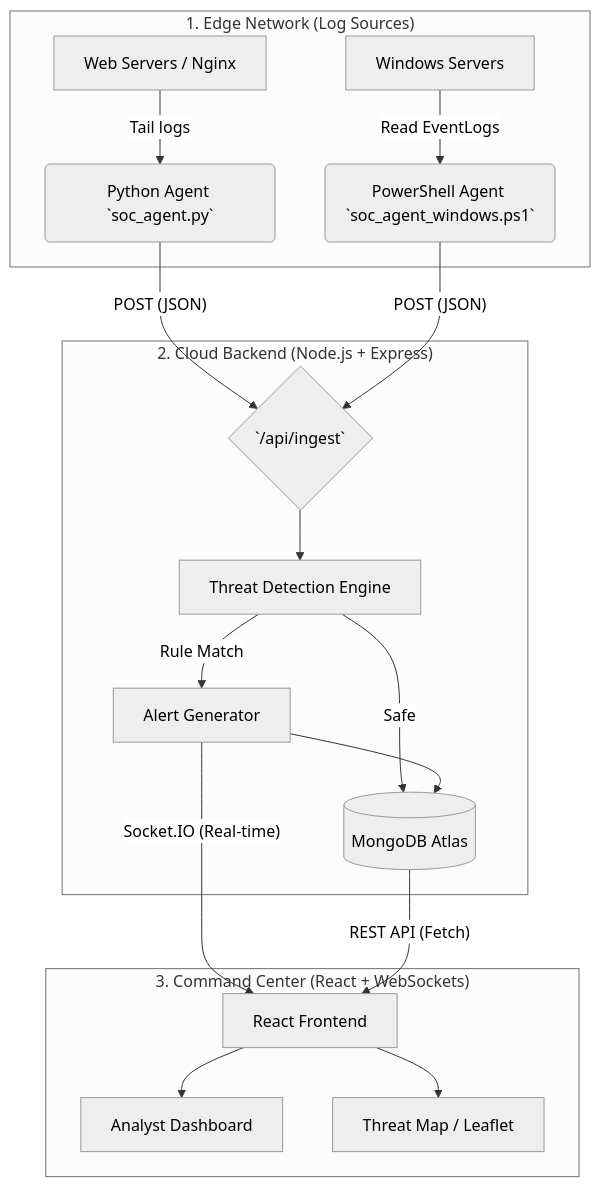
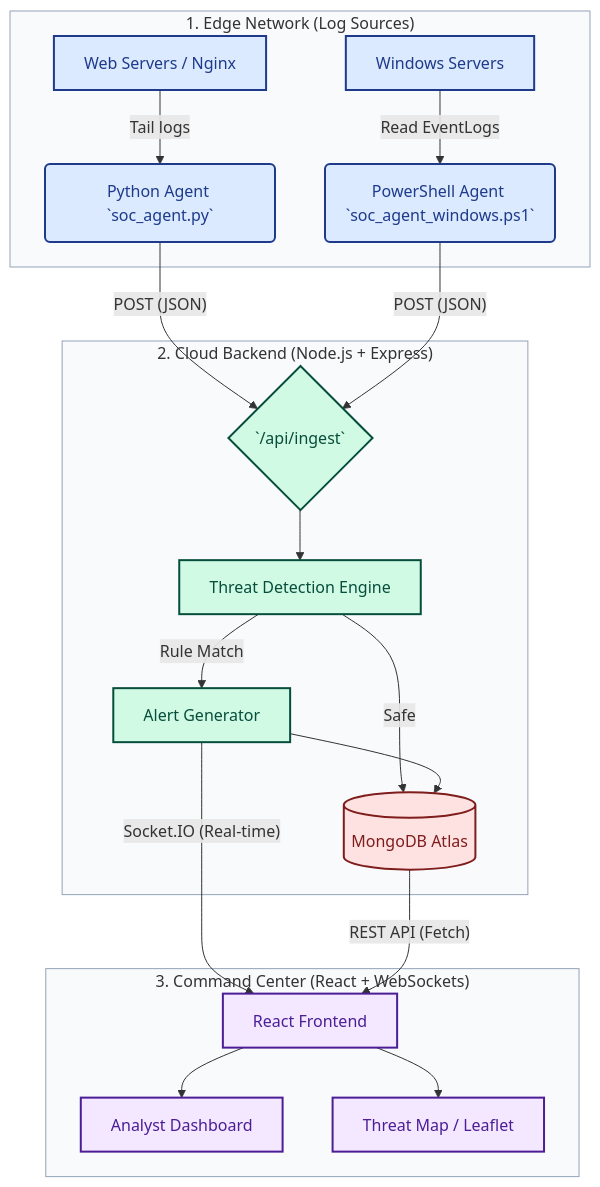
One commit to Het-2004/soc-siem-dashboard changed the first of 2 diagrams in docs/architecture.md. Above: the diagram before and after it, drawn with Mermaid. The commit also changed other lines of this file and 1 other file, not shown here.

````diff
--- a/docs/architecture.md
+++ b/docs/architecture.md
@@ -7,25 +7,30 @@
 ```mermaid
-%%{init: {'theme': 'neutral', 'themeVariables': { 'background': '#ffffff', 'primaryTextColor': '#000000', 'lineColor': '#333333'}}}%%
+%%{init: {'theme': 'default', 'themeVariables': { 'background': '#ffffff', 'primaryTextColor': '#000000', 'lineColor': '#333333', 'clusterBkg': '#f8fafc', 'clusterBorder': '#94a3b8'}}}%%
 graph TD
+    classDef edge fill:#dbeafe,stroke:#1e3a8a,stroke-width:2px,color:#1e3a8a
+    classDef cloud fill:#d1fae5,stroke:#064e3b,stroke-width:2px,color:#064e3b
+    classDef db fill:#fee2e2,stroke:#7f1d1d,stroke-width:2px,color:#7f1d1d
+    classDef ui fill:#f3e8ff,stroke:#4c1d95,stroke-width:2px,color:#4c1d95
+
     subgraph "1. Edge Network (Log Sources)"
-        A[Web Servers / Nginx] -->|Tail logs| B(Python Agent `soc_agent.py`)
-        C[Windows Servers] -->|Read EventLogs| D(PowerShell Agent `soc_agent_windows.ps1`)
+        A[Web Servers / Nginx]:::edge -->|Tail logs| B(Python Agent `soc_agent.py`):::edge
+        C[Windows Servers]:::edge -->|Read EventLogs| D(PowerShell Agent `soc_agent_windows.ps1`):::edge
     end
 
     subgraph "2. Cloud Backend (Node.js + Express)"
-        B -- POST (JSON) --> E{`/api/ingest`}
+        B -- POST (JSON) --> E{`/api/ingest`}:::cloud
         D -- POST (JSON) --> E
         
-        E --> F[Threat Detection Engine]
-        F -->|Rule Match| G[Alert Generator]
-        F -->|Safe| H[(MongoDB Atlas)]
+        E --> F[Threat Detection Engine]:::cloud
+        F -->|Rule Match| G[Alert Generator]:::cloud
+        F -->|Safe| H[(MongoDB Atlas)]:::db
         G --> H
     end
 
     subgraph "3. Command Center (React + WebSockets)"
-        G -- Socket.IO (Real-time) --> I[React Frontend]
+        G -- Socket.IO (Real-time) --> I[React Frontend]:::ui
         H -- REST API (Fetch) --> I
-        I --> J[Analyst Dashboard]
-        I --> K[Threat Map / Leaflet]
+        I --> J[Analyst Dashboard]:::ui
+        I --> K[Threat Map / Leaflet]:::ui
     end
 ```
````
